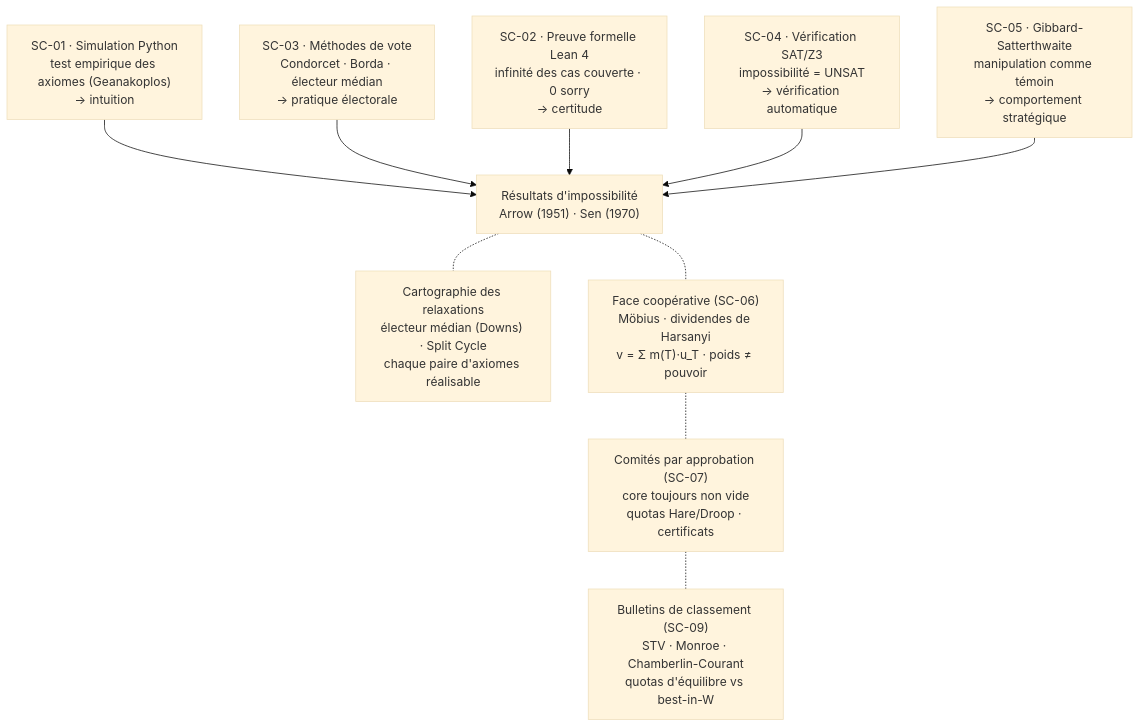
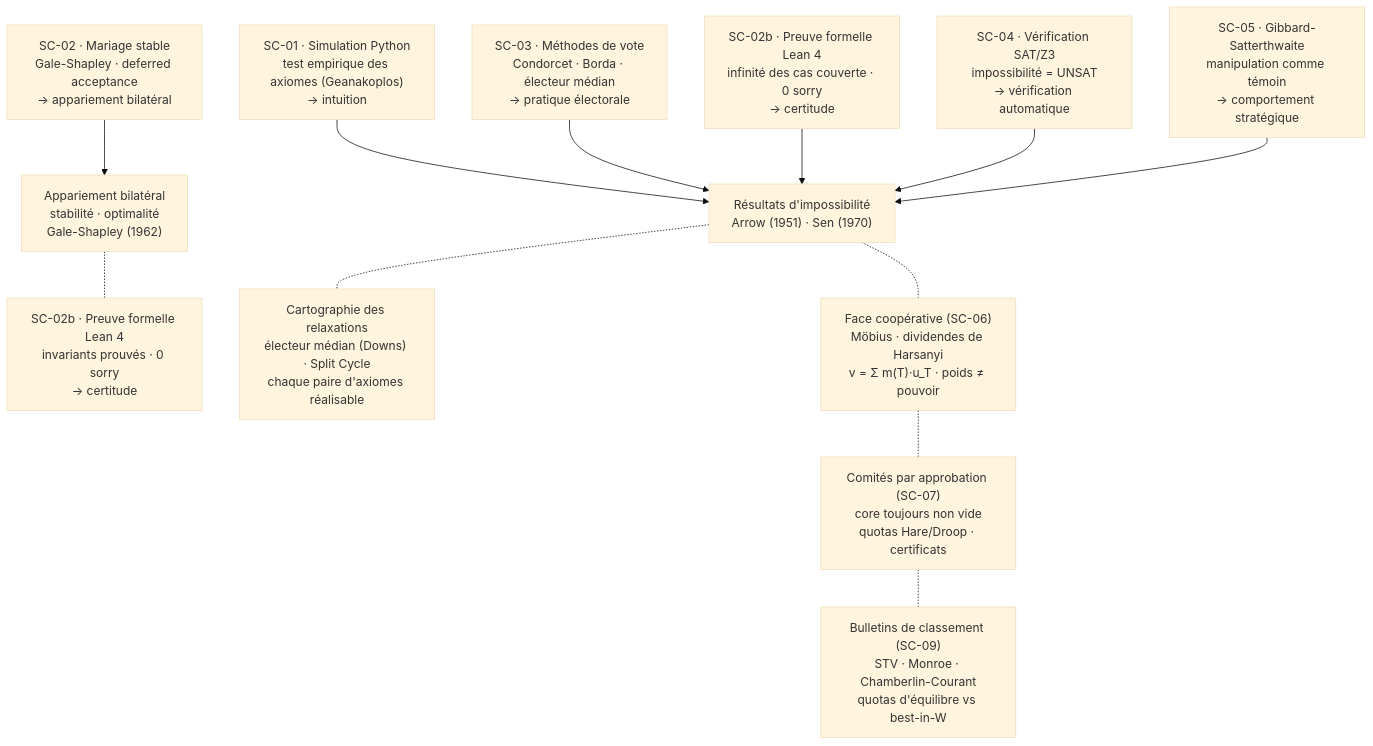
One commit to jsboige/CoursIA changed the diagram in MyIA.AI.Notebooks/GameTheory/SocialChoice/README.md. Above: the diagram before and after it, drawn with Mermaid (base theme). The commit also changed other lines of this file and 1 other file, not shown here.

First line of the commit message:
feat(gametheory,#19681): SC-02 carnet pedagogique Gale-Shapley (binome Python/Lean)

````diff
--- a/MyIA.AI.Notebooks/GameTheory/SocialChoice/README.md
+++ b/MyIA.AI.Notebooks/GameTheory/SocialChoice/README.md
@@ -51,20 +52,23 @@
 ```mermaid
 flowchart TD
     Result["Résultats d'impossibilité<br/>Arrow (1951) · Sen (1970)"]
 
     E1["SC-01 · Simulation Python<br/>test empirique des axiomes (Geanakoplos)<br/>→ intuition"]
     E2["SC-03 · Méthodes de vote<br/>Condorcet · Borda · électeur médian<br/>→ pratique électorale"]
-    E3["SC-02 · Preuve formelle Lean 4<br/>infinité des cas couverte · 0 sorry<br/>→ certitude"]
+    E2b["SC-02 · Mariage stable<br/>Gale-Shapley · deferred acceptance<br/>→ appariement bilatéral"]
+    E3["SC-02b · Preuve formelle Lean 4<br/>infinité des cas couverte · 0 sorry<br/>→ certitude"]
     E4["SC-04 · Vérification SAT/Z3<br/>impossibilité = UNSAT<br/>→ vérification automatique"]
     E5["SC-05 · Gibbard-Satterthwaite<br/>manipulation comme témoin<br/>→ comportement stratégique"]
 
     E1 --> Result
     E2 --> Result
+    E2b --> Match["Appariement bilatéral<br/>stabilité · optimalité<br/>Gale-Shapley (1962)"]
+    Match -.- ME["SC-02b · Preuve formelle Lean 4<br/>invariants prouvés · 0 sorry<br/>→ certitude"]
     E3 --> Result
     E4 --> Result
     E5 --> Result
     Result -.- Relax["Cartographie des relaxations<br/>électeur médian (Downs) · Split Cycle<br/>chaque paire d'axiomes réalisable"]
     Result -.- Coop["Face coopérative (SC-06)<br/>Möbius · dividendes de Harsanyi<br/>v = Σ m(T)·u_T · poids ≠ pouvoir"]
     Coop -.- Comm["Comités par approbation (SC-07)<br/>core toujours non vide<br/>quotas Hare/Droop · certificats"]
     Comm -.- Rank2["Bulletins de classement (SC-09)<br/>STV · Monroe · Chamberlin-Courant<br/>quotas d'équilibre vs best-in-W"]
 ```
````
